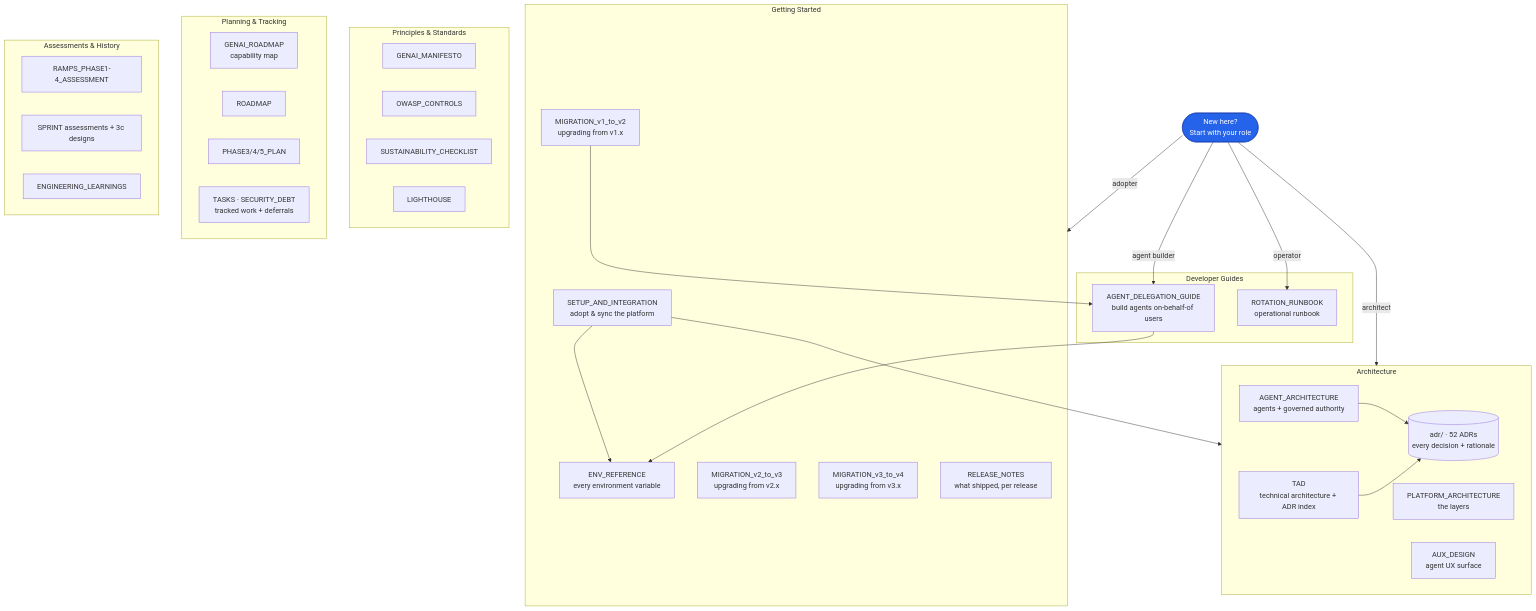
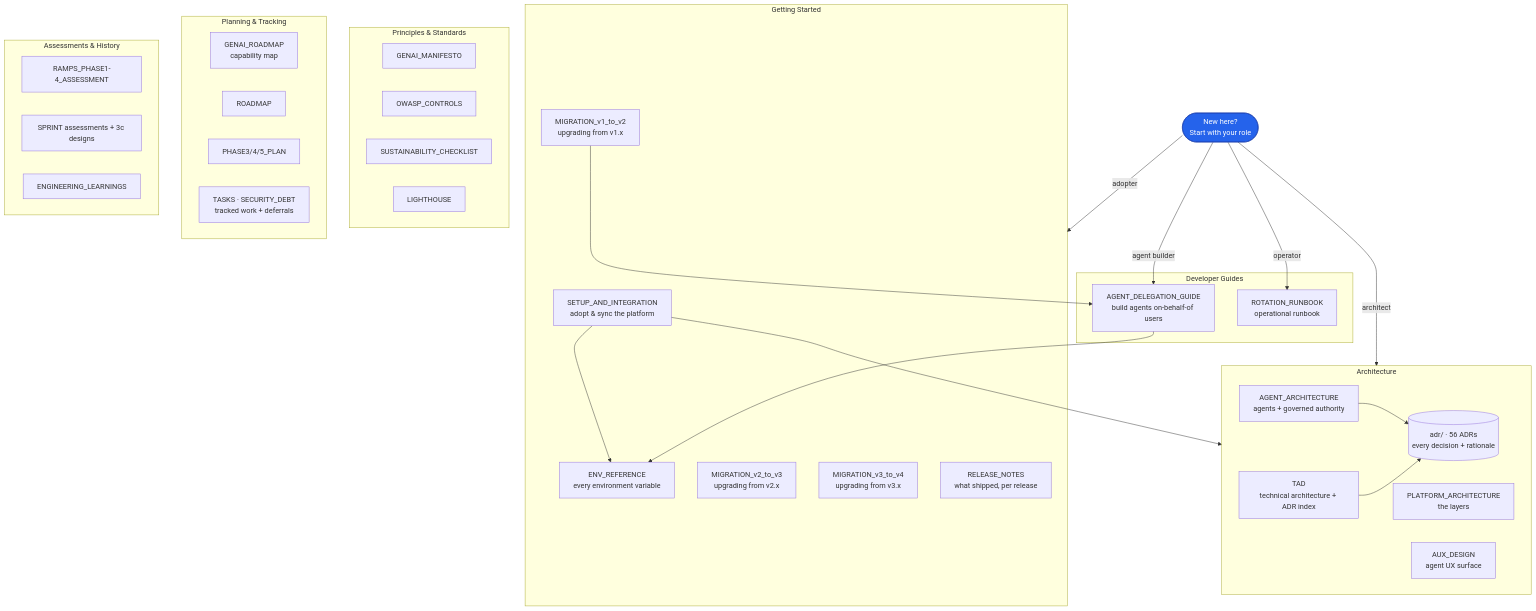
Before and after one commit to Datankare/platform-foundation: the diagram in docs/README.md, drawn with Mermaid. The commit also changed other lines of this file and 8 other files, not shown here.

````diff
--- a/docs/README.md
+++ b/docs/README.md
@@ -23,61 +23,61 @@
 ```mermaid
 graph TD
     START([New here?<br/>Start with your role])
 
     subgraph GS["Getting Started"]
         SETUP[SETUP_AND_INTEGRATION<br/>adopt & sync the platform]
         ENV[ENV_REFERENCE<br/>every environment variable]
         MIG[MIGRATION_v1_to_v2<br/>upgrading from v1.x]
         MIG3[MIGRATION_v2_to_v3<br/>upgrading from v2.x]
         MIG4[MIGRATION_v3_to_v4<br/>upgrading from v3.x]
         REL[RELEASE_NOTES<br/>what shipped, per release]
     end
 
     subgraph ARCH["Architecture"]
         TAD[TAD<br/>technical architecture + ADR index]
         PLAT[PLATFORM_ARCHITECTURE<br/>the layers]
         AGENT[AGENT_ARCHITECTURE<br/>agents + governed authority]
         AUX[AUX_DESIGN<br/>agent UX surface]
-        ADR[(adr/ · 52 ADRs<br/>every decision + rationale)]
+        ADR[(adr/ · 56 ADRs<br/>every decision + rationale)]
     end
 
     subgraph GUIDES["Developer Guides"]
         DELEG[AGENT_DELEGATION_GUIDE<br/>build agents on-behalf-of users]
         ROT[ROTATION_RUNBOOK<br/>operational runbook]
     end
 
     subgraph PRINCIPLES["Principles & Standards"]
         MAN[GENAI_MANIFESTO]
         OWASP[OWASP_CONTROLS]
         SUS[SUSTAINABILITY_CHECKLIST]
         LIGHT[LIGHTHOUSE]
     end
 
     subgraph PLANNING["Planning & Tracking"]
         ROAD[GENAI_ROADMAP<br/>capability map]
         ROADMAP[ROADMAP]
         PHASE[PHASE3/4/5_PLAN]
         TASKS[TASKS · SECURITY_DEBT<br/>tracked work + deferrals]
     end
 
     subgraph HISTORY["Assessments & History"]
         RAMPS[RAMPS_PHASE1-4_ASSESSMENT]
         SPRINT[SPRINT assessments + 3c designs]
         LEARN[ENGINEERING_LEARNINGS]
     end
 
     START -->|adopter| GS
     START -->|architect| ARCH
     START -->|agent builder| DELEG
     START -->|operator| ROT
 
     SETUP --> ENV
     SETUP --> ARCH
     DELEG --> ENV
     AGENT --> ADR
     TAD --> ADR
     MIG --> DELEG
 
     classDef start fill:#2563eb,stroke:#1e40af,color:#fff
     class START start
 ```
````
